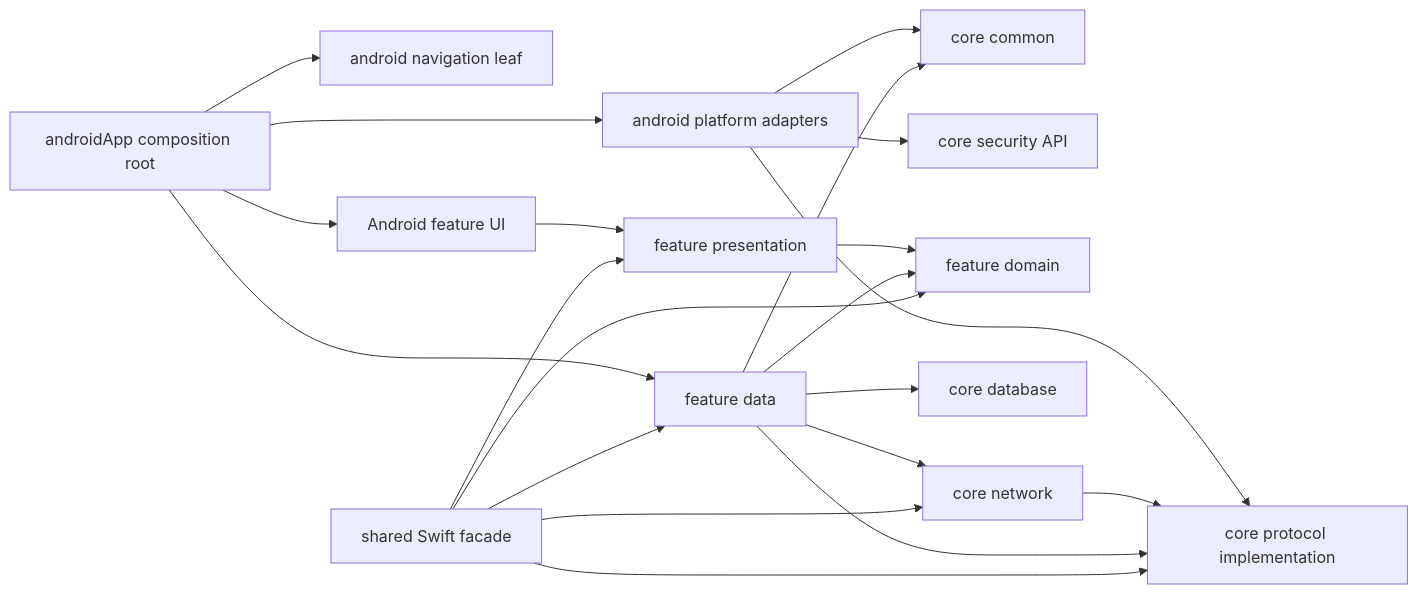
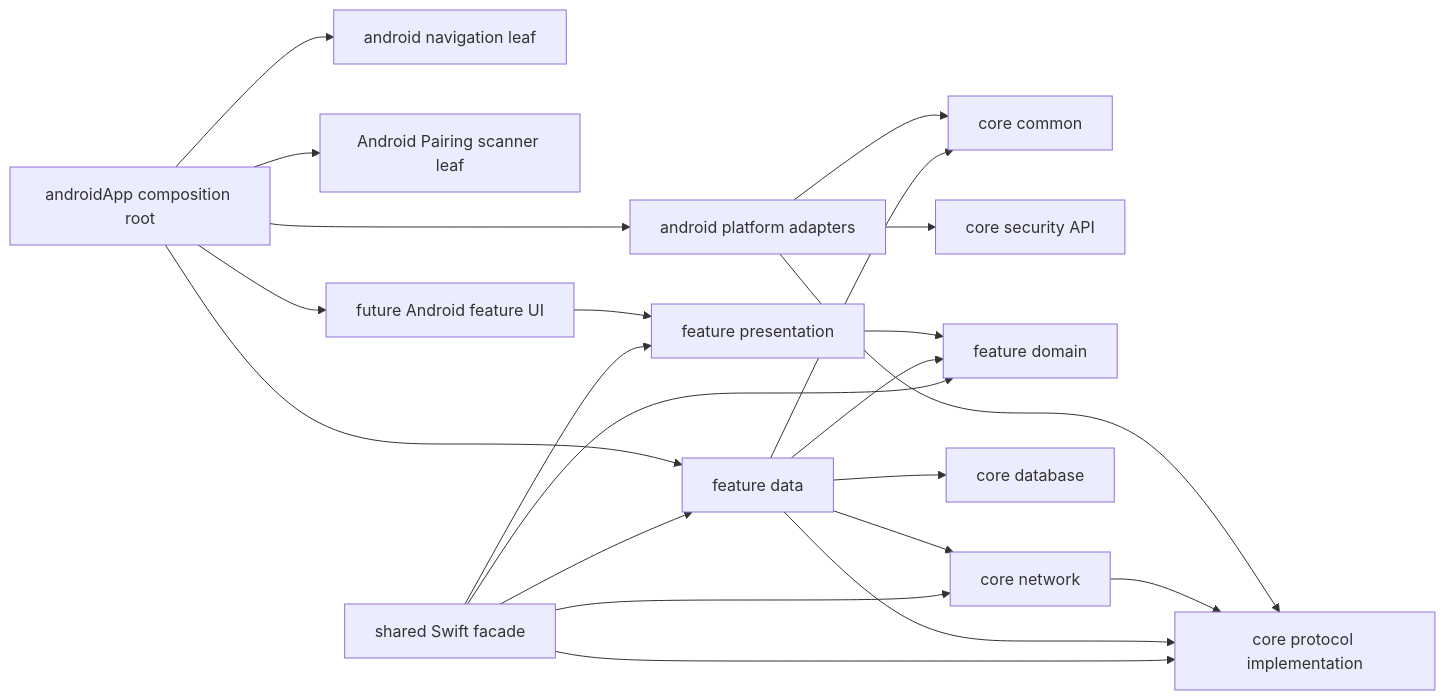
The diagram in mobile/docs/architecture.md (VictorSkurchik/rotki), drawn with Mermaid before and after one commit. The commit also changed other lines of this file and 20 other files, not shown here.

Commit message:
refactor(mobile): extract Android pairing scanner

````diff
--- a/mobile/docs/architecture.md
+++ b/mobile/docs/architecture.md
@@ -172,23 +179,24 @@
 ```mermaid
 flowchart LR
     AndroidApp["androidApp composition root"] --> AndroidNavigation["android navigation leaf"]
     AndroidApp --> AndroidPlatform["android platform adapters"]
     AndroidPlatform --> Common["core common"]
     AndroidPlatform --> SecurityApi["core security API"]
     AndroidPlatform --> Protocol
-    AndroidApp["androidApp composition root"] --> AndroidFeature["Android feature UI"]
+    AndroidApp --> AndroidPairingScanner["Android Pairing scanner leaf"]
+    AndroidApp["androidApp composition root"] --> AndroidFeature["future Android feature UI"]
     AndroidFeature --> Presentation["feature presentation"]
     Presentation --> Domain["feature domain"]
     Data["feature data"] --> Domain
     Data --> Common["core common"]
     Data --> Network["core network"]
     Network --> Protocol["core protocol implementation"]
     Data --> Protocol
     Data --> Database["core database"]
     AndroidApp --> Data
     Shared["shared Swift facade"] --> Presentation
     Shared --> Domain
     Shared --> Data
     Shared --> Protocol
     Shared --> Network
 ```
````
